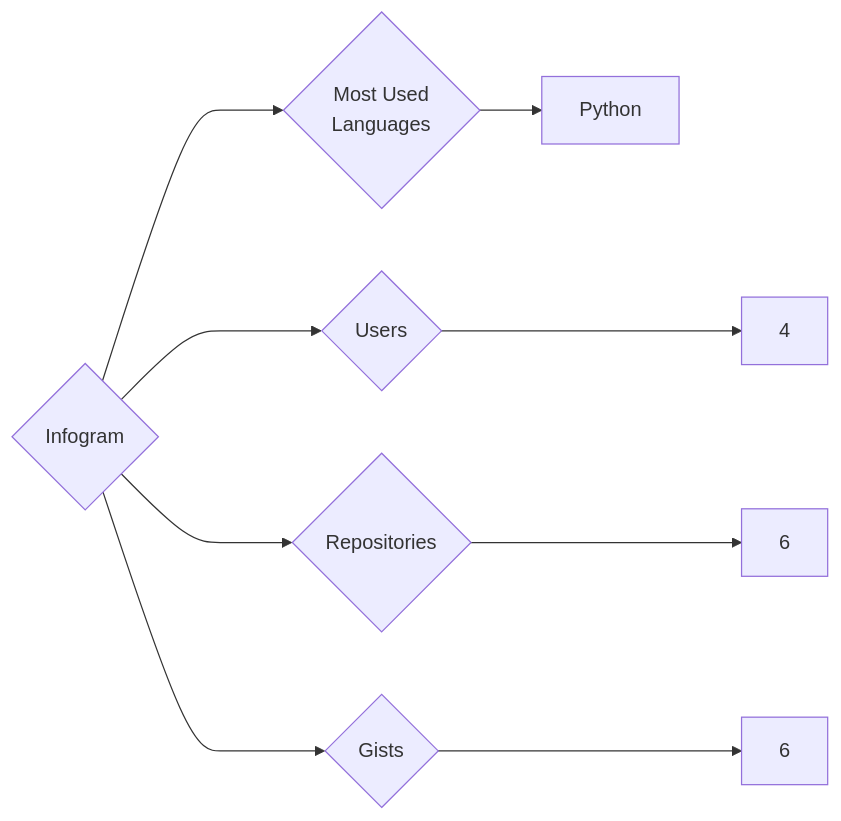
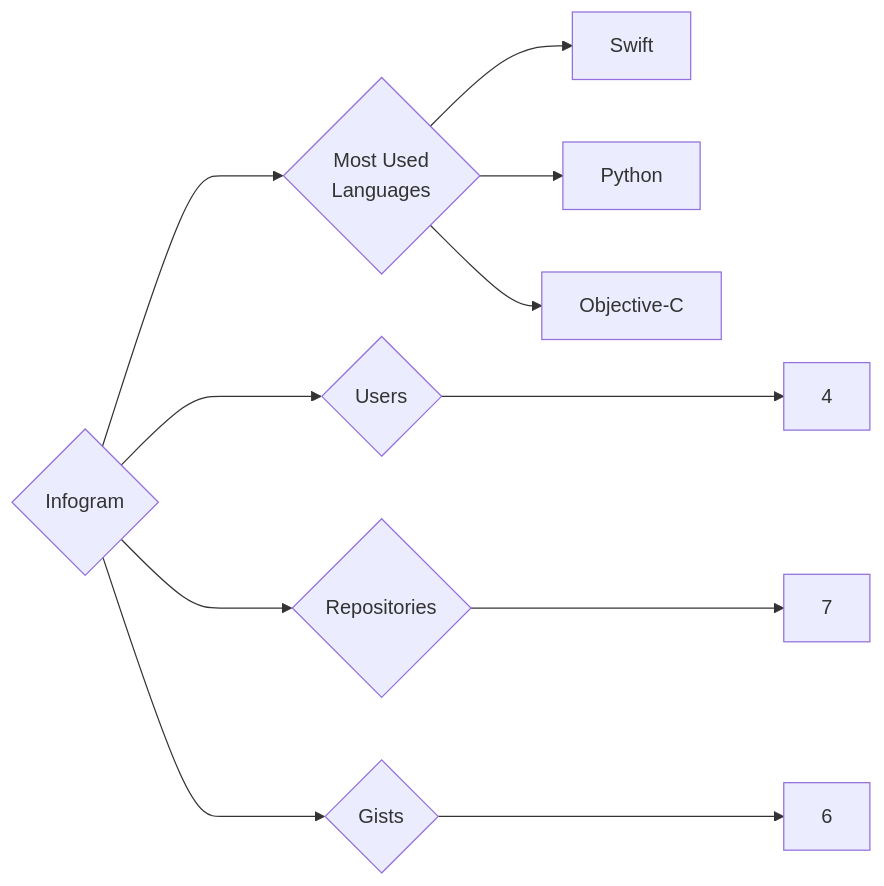
One commit to trickest/insiders changed the diagram in targets/Infogram/README.md. Above: the diagram before and after it, drawn with Mermaid. The commit also changed 859 other files, not shown here.

````diff
--- a/targets/Infogram/README.md
+++ b/targets/Infogram/README.md
@@ -3,9 +3,11 @@
 ```mermaid
 graph LR
 COMPANY_NAME{Infogram}
 COMPANY_NAME ---> U{Users} ---> UN[4]
-COMPANY_NAME ---> R{Repositories} ---> RN[6]
+COMPANY_NAME ---> R{Repositories} ---> RN[7]
 COMPANY_NAME ---> G{Gists} ---> GN[6]
 COMPANY_NAME ---> ML{Most Used<br>Languages}
+ML --> Swift[Swift]
 ML --> Python[Python]
+ML --> Objective-C[Objective-C]
 ```
````
